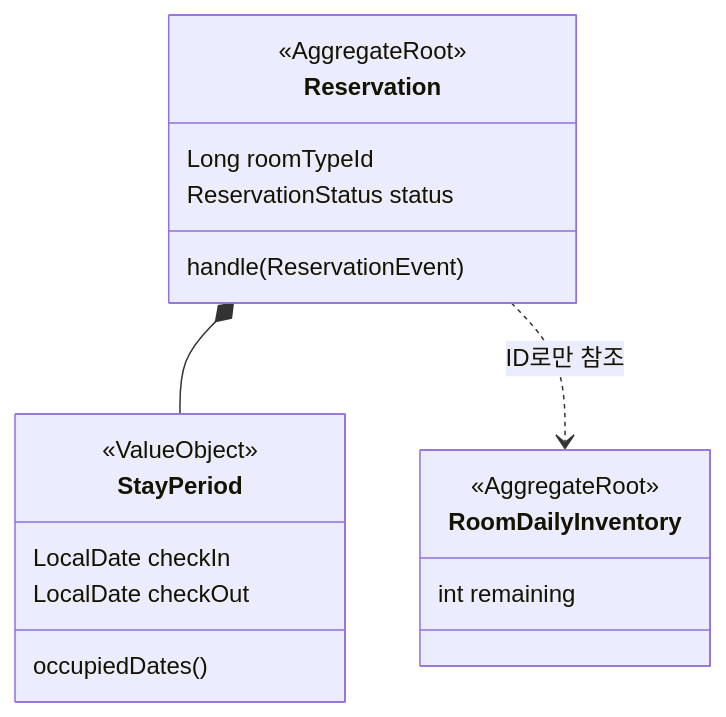
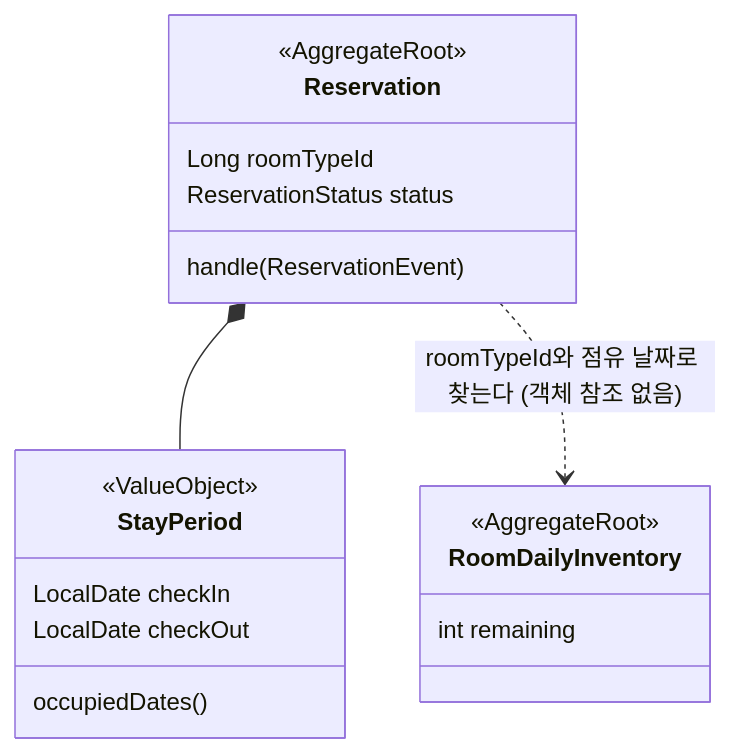
Before and after one commit to Diocto/pms: the third of 4 diagrams in docs/submission/03-설계.md, drawn with Mermaid. The commit also changed other lines of this file, not shown here.

````diff
--- a/docs/submission/03-설계.md
+++ b/docs/submission/03-설계.md
@@ -257,21 +257,21 @@
 ```mermaid
 classDiagram
     class RoomDailyInventory {
         <<AggregateRoot>>
         int remaining
     }
     class Reservation {
         <<AggregateRoot>>
         Long roomTypeId
         ReservationStatus status
         handle(ReservationEvent)
     }
     class StayPeriod {
         <<ValueObject>>
         LocalDate checkIn
         LocalDate checkOut
         occupiedDates()
     }
     Reservation *-- StayPeriod
-    Reservation ..> RoomDailyInventory : ID로만 참조
+    Reservation ..> RoomDailyInventory : roomTypeId와 점유 날짜로 찾는다 (객체 참조 없음)
 ```
````
